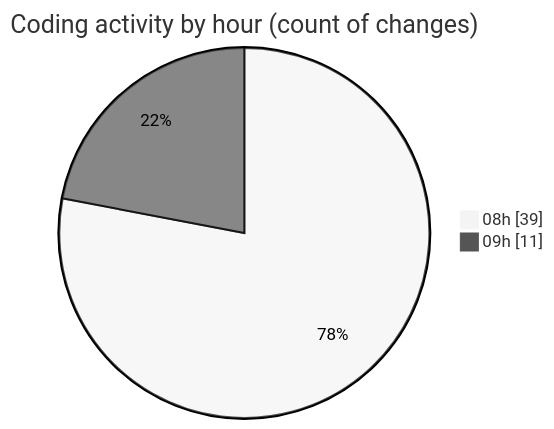
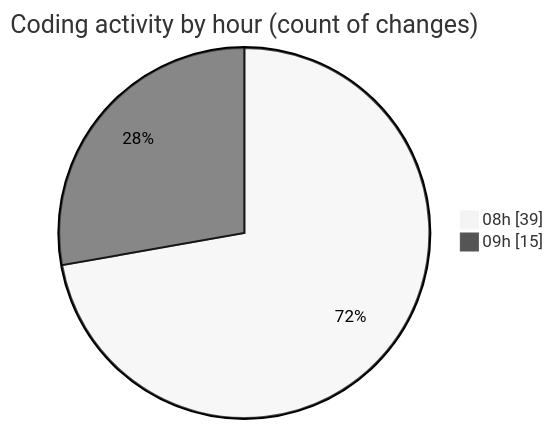
One commit to CELIANVF/code-tracking changed the second of 2 diagrams in 2025-05-16/ecodeli-1/README.md. Above: the diagram before and after it, drawn with Mermaid (neutral theme). The commit also changed other lines of this file and 1 other file, not shown here.

````diff
--- a/2025-05-16/ecodeli-1/README.md
+++ b/2025-05-16/ecodeli-1/README.md
@@ -51,6 +51,6 @@
 ```mermaid
 pie showData
 title Coding activity by hour (count of changes)
 "08h" : 39
-"09h" : 11
+"09h" : 15
 ```
````
